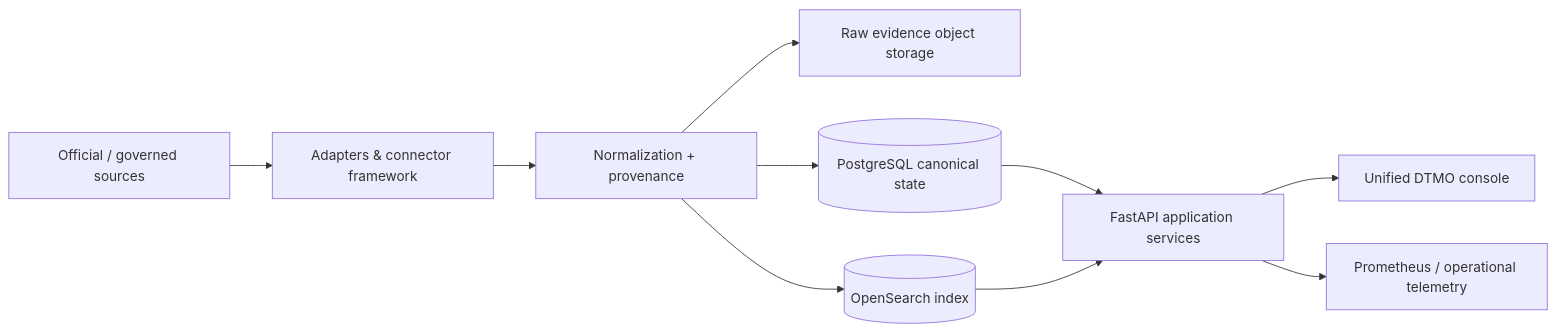
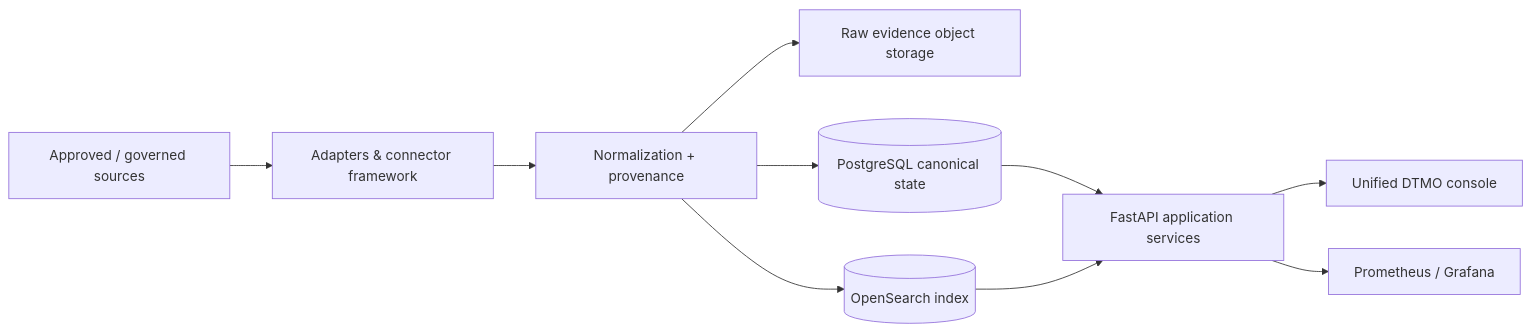
One commit to GJvManen/dtmo changed the diagram in README.md. Above: the diagram before and after it, drawn with Mermaid. The commit also changed other lines of this file, not shown here.

````diff
--- a/README.md
+++ b/README.md
@@ -39,12 +44,12 @@
 ```mermaid
 flowchart LR
-    S[Official / governed sources] --> A[Adapters & connector framework]
+    S[Approved / governed sources] --> A[Adapters & connector framework]
     A --> N[Normalization + provenance]
     N --> O[Raw evidence object storage]
     N --> P[(PostgreSQL canonical state)]
     N --> X[(OpenSearch index)]
     P --> API[FastAPI application services]
     X --> API
     API --> UI[Unified DTMO console]
-    API --> OBS[Prometheus / operational telemetry]
+    API --> OBS[Prometheus / Grafana]
 ```
````
